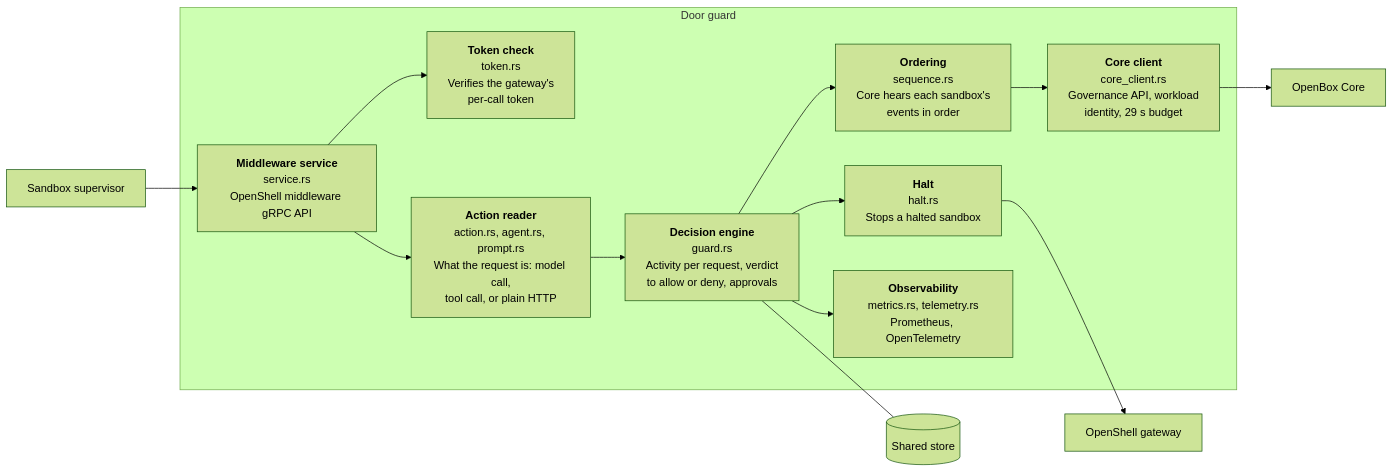
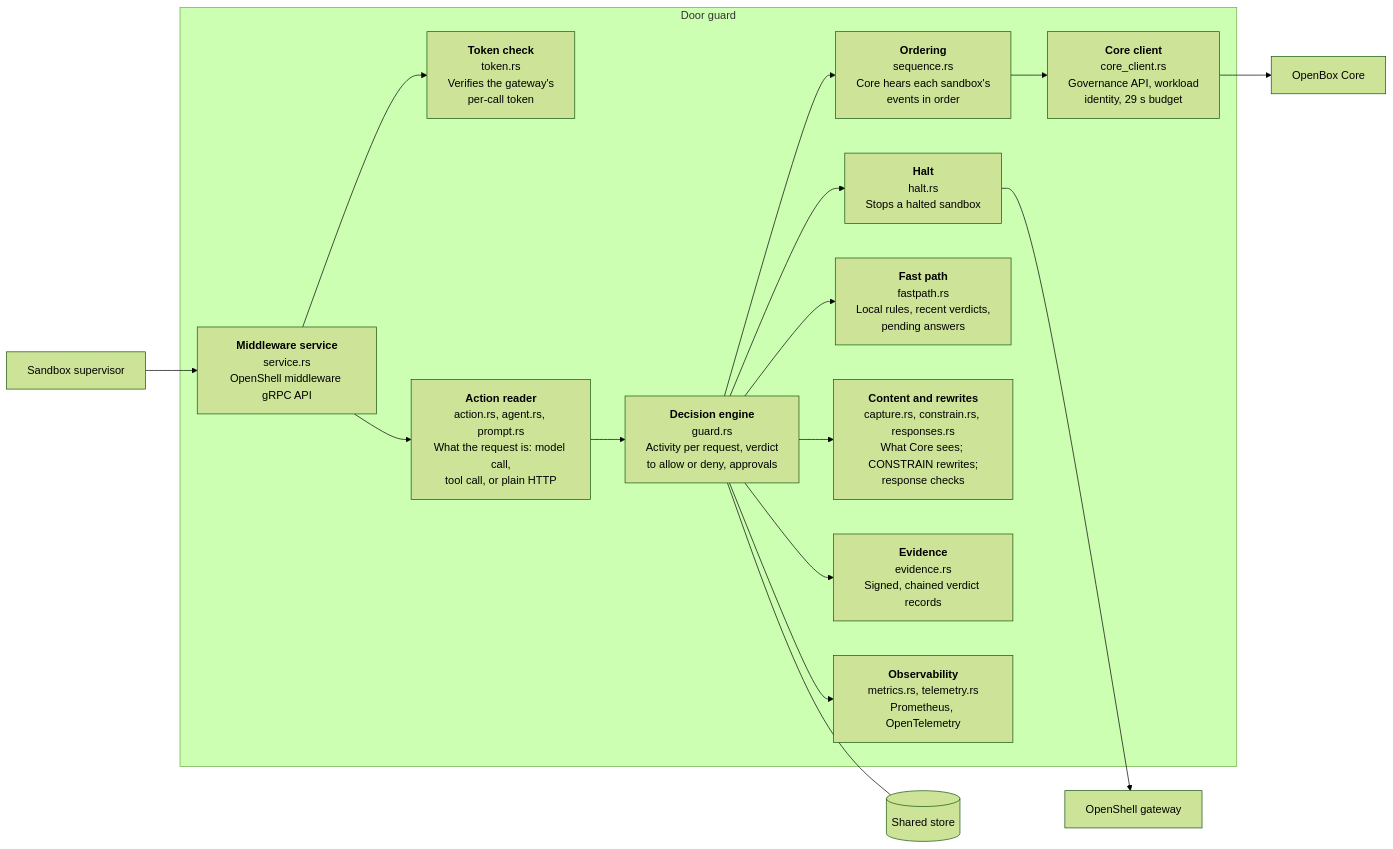
One commit to OpenBox-AI/openbox-openshell changed the third of 4 diagrams in README.md. Above: the diagram before and after it, drawn with Mermaid (forest theme). The commit also changed other lines of this file, not shown here.

First line of the commit message:
docs(readme): describe what main does after the v0.3 merges [PROD-1134]

````diff
--- a/README.md
+++ b/README.md
@@ -242,27 +254,33 @@
 ```mermaid
 flowchart LR
     supervisor["Sandbox supervisor"]
 
     subgraph dg["Door guard"]
         service["<b>Middleware service</b><br/>service.rs<br/>OpenShell middleware gRPC API"]
         token["<b>Token check</b><br/>token.rs<br/>Verifies the gateway's<br/>per-call token"]
         action["<b>Action reader</b><br/>action.rs, agent.rs, prompt.rs<br/>What the request is: model call,<br/>tool call, or plain HTTP"]
         guard["<b>Decision engine</b><br/>guard.rs<br/>Activity per request, verdict<br/>to allow or deny, approvals"]
         sequence["<b>Ordering</b><br/>sequence.rs<br/>Core hears each sandbox's<br/>events in order"]
         client["<b>Core client</b><br/>core_client.rs<br/>Governance API, workload<br/>identity, 29 s budget"]
         halt["<b>Halt</b><br/>halt.rs<br/>Stops a halted sandbox"]
+        fast["<b>Fast path</b><br/>fastpath.rs<br/>Local rules, recent verdicts,<br/>pending answers"]
+        shape["<b>Content and rewrites</b><br/>capture.rs, constrain.rs, responses.rs<br/>What Core sees; CONSTRAIN rewrites;<br/>response checks"]
+        evidence["<b>Evidence</b><br/>evidence.rs<br/>Signed, chained verdict records"]
         obsv["<b>Observability</b><br/>metrics.rs, telemetry.rs<br/>Prometheus, OpenTelemetry"]
     end
 
     store[("Shared store")]
     core["OpenBox Core"]
     gw["OpenShell gateway"]
 
     supervisor --> service
     service --> token
     service --> action --> guard
     guard --> sequence --> client --> core
     guard --> halt --> gw
     guard --- store
     guard --> obsv
+    guard --> fast
+    guard --> shape
+    guard --> evidence
 ```
````
